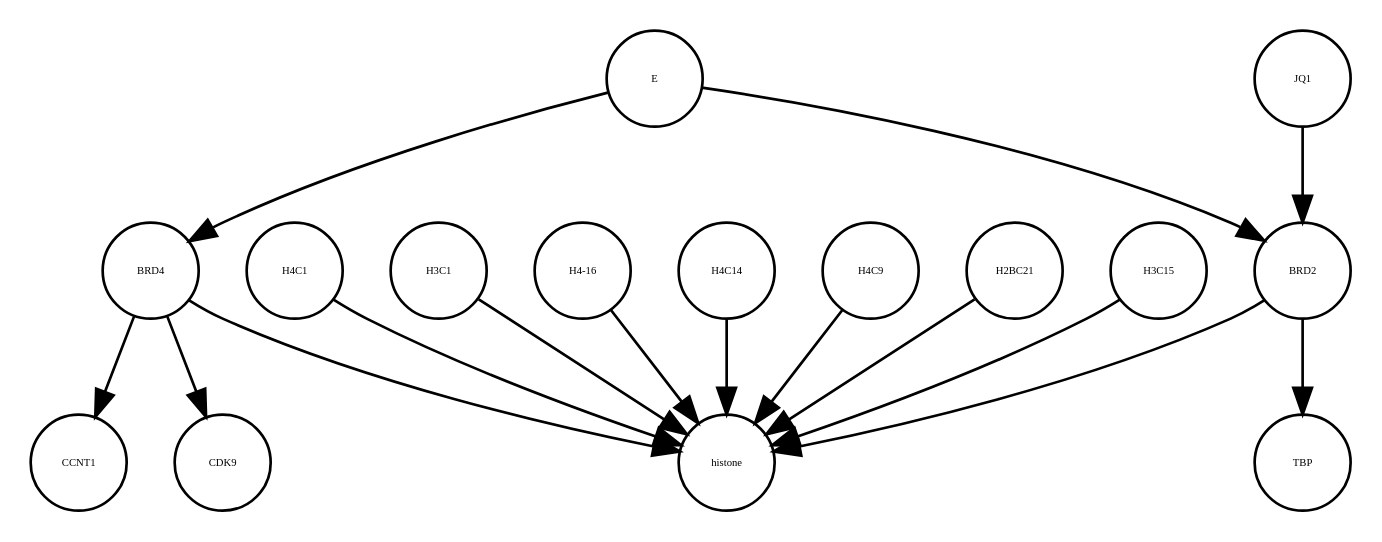
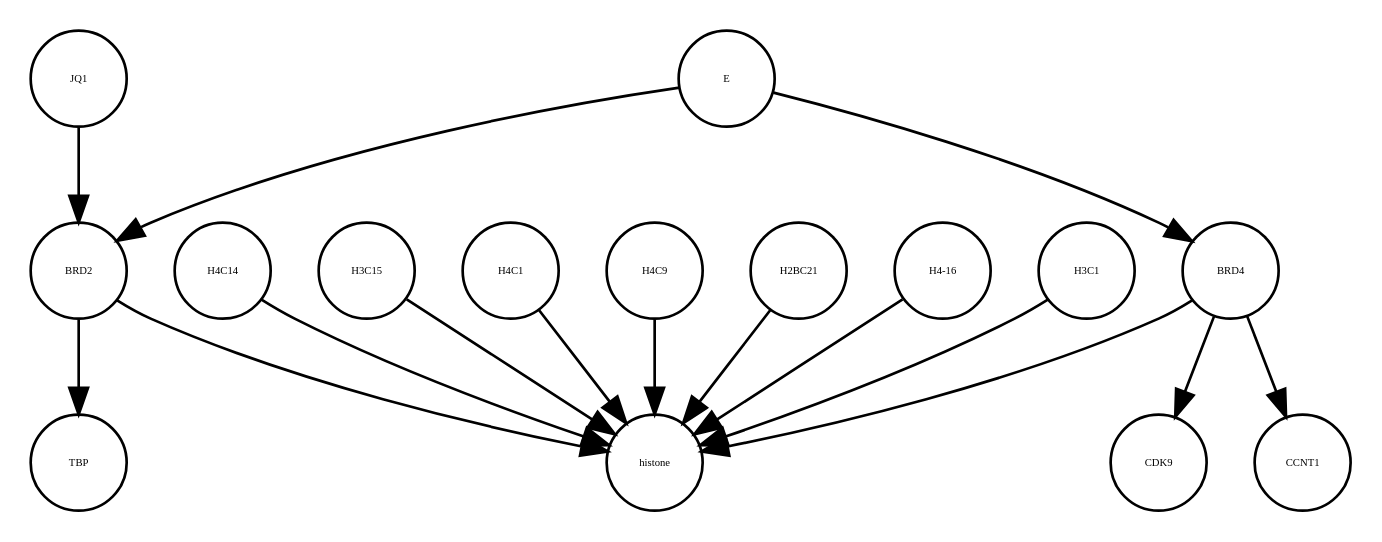
One commit to cannin/covid19-sbgn changed the diagram in E_SARS_CoV_2_22_05_2020.xml_projected.dot. Above: the diagram before and after it, drawn with Graphviz. The commit also changed other lines of this file and 572 other files, not shown here.

```diff
--- a/E_SARS_CoV_2_22_05_2020.xml_projected.dot
+++ b/E_SARS_CoV_2_22_05_2020.xml_projected.dot
@@ -1,32 +1,32 @@
 strict digraph  {
+E [annotation=urn_miriam_ncbiprotein_BCD58755, bipartite=0, cls=macromolecule, fontsize=4, label=E, shape=circle];
+H4C14 [annotation="", bipartite=0, cls=macromolecule, fontsize=4, label=H4C14, shape=circle];
+H3C15 [annotation="", bipartite=0, cls=macromolecule, fontsize=4, label=H3C15, shape=circle];
 H4C1 [annotation="", bipartite=0, cls=macromolecule, fontsize=4, label=H4C1, shape=circle];
+H4C9 [annotation="", bipartite=0, cls=macromolecule, fontsize=4, label=H4C9, shape=circle];
+CDK9 [annotation="", bipartite=0, cls=macromolecule, fontsize=4, label=CDK9, shape=circle];
+BRD2 [annotation="", bipartite=0, cls=macromolecule, fontsize=4, label=BRD2, shape=circle];
 BRD4 [annotation="", bipartite=0, cls=macromolecule, fontsize=4, label=BRD4, shape=circle];
+JQ1 [annotation="", bipartite=0, cls=macromolecule, fontsize=4, label=JQ1, shape=circle];
+H2BC21 [annotation="", bipartite=0, cls=macromolecule, fontsize=4, label=H2BC21, shape=circle];
+"H4-16" [annotation="", bipartite=0, cls=macromolecule, fontsize=4, label="H4-16", shape=circle];
+H3C1 [annotation="", bipartite=0, cls=macromolecule, fontsize=4, label=H3C1, shape=circle];
 CCNT1 [annotation="", bipartite=0, cls=macromolecule, fontsize=4, label=CCNT1, shape=circle];
-H3C1 [annotation="", bipartite=0, cls=macromolecule, fontsize=4, label=H3C1, shape=circle];
-CDK9 [annotation="", bipartite=0, cls=macromolecule, fontsize=4, label=CDK9, shape=circle];
-"H4-16" [annotation="", bipartite=0, cls=macromolecule, fontsize=4, label="H4-16", shape=circle];
+histone [annotation="", bipartite=0, cls=complex, fontsize=4, label=histone, shape=circle];
 TBP [annotation="", bipartite=0, cls=macromolecule, fontsize=4, label=TBP, shape=circle];
-H4C14 [annotation="", bipartite=0, cls=macromolecule, fontsize=4, label=H4C14, shape=circle];
-H4C9 [annotation="", bipartite=0, cls=macromolecule, fontsize=4, label=H4C9, shape=circle];
-H2BC21 [annotation="", bipartite=0, cls=macromolecule, fontsize=4, label=H2BC21, shape=circle];
-H3C15 [annotation="", bipartite=0, cls=macromolecule, fontsize=4, label=H3C15, shape=circle];
-JQ1 [annotation="", bipartite=0, cls=macromolecule, fontsize=4, label=JQ1, shape=circle];
-histone [annotation="", bipartite=0, cls=complex, fontsize=4, label=histone, shape=circle];
-E [annotation=urn_miriam_ncbiprotein_BCD58755, bipartite=0, cls=macromolecule, fontsize=4, label=E, shape=circle];
-BRD2 [annotation="", bipartite=0, cls=macromolecule, fontsize=4, label=BRD2, shape=circle];
+E -> BRD2  [annotation="urn_miriam_doi_10.1038%2Fs41586-020-2286-9|urn_miriam_doi_10.1080%2F15592294.2018.1469891", interaction_type=inhibition];
+E -> BRD4  [annotation="urn_miriam_doi_10.1038%2Fs41586-020-2286-9", interaction_type=inhibition];
+H4C14 -> histone  [annotation="", interaction_type=production];
+H3C15 -> histone  [annotation="", interaction_type=production];
 H4C1 -> histone  [annotation="", interaction_type=production];
-BRD4 -> histone  [annotation="urn_miriam_doi_10.1038%2Fnsmb.3228.|urn_miriam_doi_10.1016%2Fj.molcel.2008.01.018", interaction_type=catalysis];
+H4C9 -> histone  [annotation="", interaction_type=production];
+BRD2 -> histone  [annotation="urn_miriam_doi_10.1038%2Fnsmb.3228.|urn_miriam_doi_10.1016%2Fj.molcel.2008.01.018", interaction_type=catalysis];
+BRD2 -> TBP  [annotation="urn_miriam_doi_10.1007%2Fs11010-006-9223-6", interaction_type=catalysis];
 BRD4 -> CCNT1  [annotation="", interaction_type=catalysis];
 BRD4 -> CDK9  [annotation=urn_miriam_taxonomy_10090, interaction_type=catalysis];
+BRD4 -> histone  [annotation="urn_miriam_doi_10.1038%2Fnsmb.3228.|urn_miriam_doi_10.1016%2Fj.molcel.2008.01.018", interaction_type=catalysis];
+JQ1 -> BRD2  [annotation="urn_miriam_doi_10.1038%2Fs41586-020-2286-9|urn_miriam_doi_10.1080%2F15592294.2018.1469891", interaction_type=inhibition];
+H2BC21 -> histone  [annotation="", interaction_type=production];
+"H4-16" -> histone  [annotation="", interaction_type=production];
 H3C1 -> histone  [annotation="", interaction_type=production];
-"H4-16" -> histone  [annotation="", interaction_type=production];
-H4C14 -> histone  [annotation="", interaction_type=production];
-H4C9 -> histone  [annotation="", interaction_type=production];
-H2BC21 -> histone  [annotation="", interaction_type=production];
-H3C15 -> histone  [annotation="", interaction_type=production];
-JQ1 -> BRD2  [annotation="urn_miriam_doi_10.1038%2Fs41586-020-2286-9|urn_miriam_doi_10.1080%2F15592294.2018.1469891", interaction_type=inhibition];
-E -> BRD2  [annotation="urn_miriam_doi_10.1038%2Fs41586-020-2286-9|urn_miriam_doi_10.1080%2F15592294.2018.1469891", interaction_type=inhibition];
-E -> BRD4  [annotation="urn_miriam_doi_10.1038%2Fs41586-020-2286-9", interaction_type=inhibition];
-BRD2 -> histone  [annotation="urn_miriam_doi_10.1038%2Fnsmb.3228.|urn_miriam_doi_10.1016%2Fj.molcel.2008.01.018", interaction_type=catalysis];
-BRD2 -> TBP  [annotation="urn_miriam_doi_10.1007%2Fs11010-006-9223-6", interaction_type=catalysis];
 }
```
